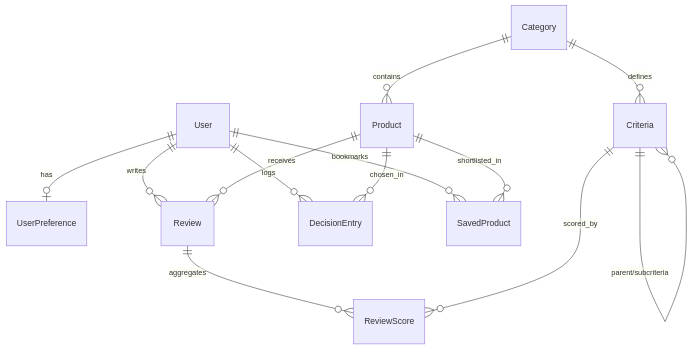
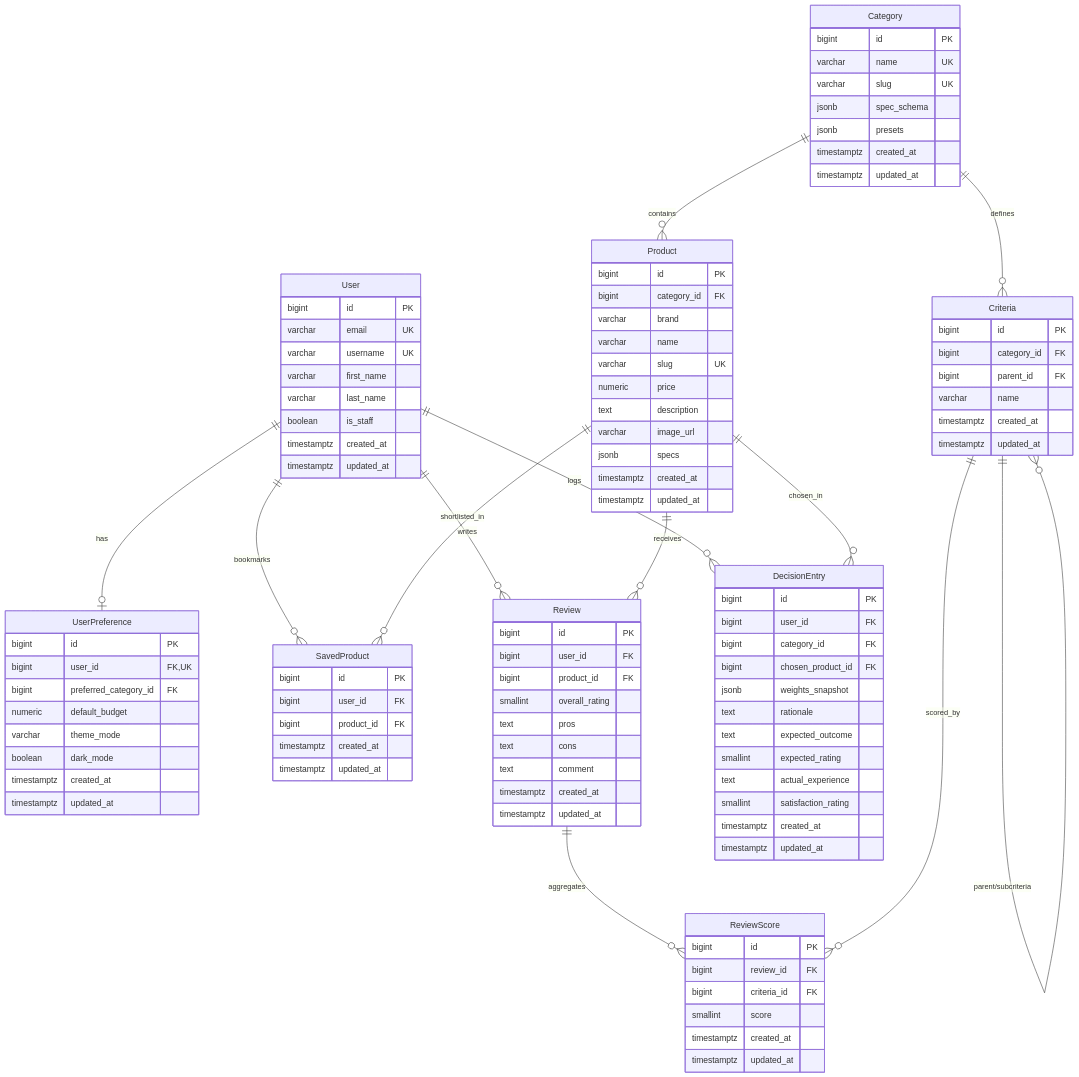
Before and after one commit to Mrzzan05/decision-intelligence: the diagram in README.md, drawn with Mermaid. The commit also changed other lines of this file and 27 other files, not shown here.

Commit message:
chore: resolve final audit items, add CI workflow, Dockerfile, full ERD, and 60 passing tests

````diff
--- a/README.md
+++ b/README.md
@@ -24,5 +51,96 @@
 ```mermaid
 erDiagram
+    User {
+        bigint id PK
+        varchar email UK
+        varchar username UK
+        varchar first_name
+        varchar last_name
+        boolean is_staff
+        timestamptz created_at
+        timestamptz updated_at
+    }
+    UserPreference {
+        bigint id PK
+        bigint user_id FK,UK
+        bigint preferred_category_id FK
+        numeric default_budget
+        varchar theme_mode
+        boolean dark_mode
+        timestamptz created_at
+        timestamptz updated_at
+    }
+    Category {
+        bigint id PK
+        varchar name UK
+        varchar slug UK
+        jsonb spec_schema
+        jsonb presets
+        timestamptz created_at
+        timestamptz updated_at
+    }
+    Criteria {
+        bigint id PK
+        bigint category_id FK
+        bigint parent_id FK
+        varchar name
+        timestamptz created_at
+        timestamptz updated_at
+    }
+    Product {
+        bigint id PK
+        bigint category_id FK
+        varchar brand
+        varchar name
+        varchar slug UK
+        numeric price
+        text description
+        varchar image_url
+        jsonb specs
+        timestamptz created_at
+        timestamptz updated_at
+    }
+    SavedProduct {
+        bigint id PK
+        bigint user_id FK
+        bigint product_id FK
+        timestamptz created_at
+        timestamptz updated_at
+    }
+    Review {
+        bigint id PK
+        bigint user_id FK
+        bigint product_id FK
+        smallint overall_rating
+        text pros
+        text cons
+        text comment
+        timestamptz created_at
+        timestamptz updated_at
+    }
+    ReviewScore {
+        bigint id PK
+        bigint review_id FK
+        bigint criteria_id FK
+        smallint score
+        timestamptz created_at
+        timestamptz updated_at
+    }
+    DecisionEntry {
+        bigint id PK
+        bigint user_id FK
+        bigint category_id FK
+        bigint chosen_product_id FK
+        jsonb weights_snapshot
+        text rationale
+        text expected_outcome
+        smallint expected_rating
+        text actual_experience
+        smallint satisfaction_rating
+        timestamptz created_at
+        timestamptz updated_at
+    }
+
     User ||--o| UserPreference : "has"
     User ||--o{ Review : "writes"
     User ||--o{ DecisionEntry : "logs"
````
